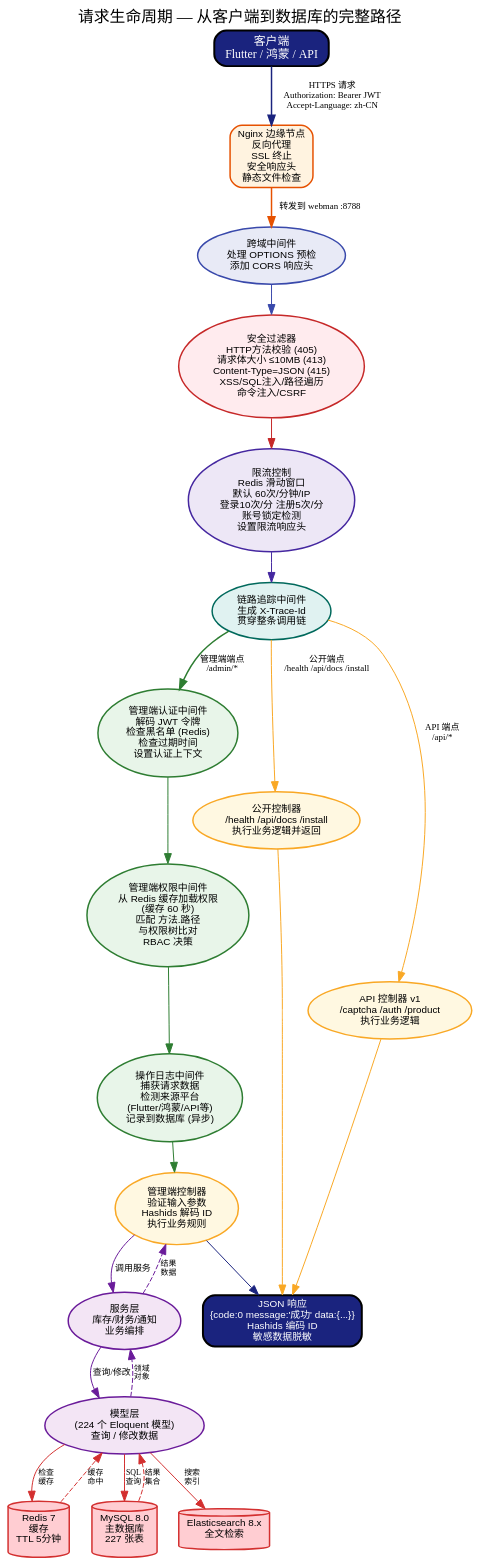
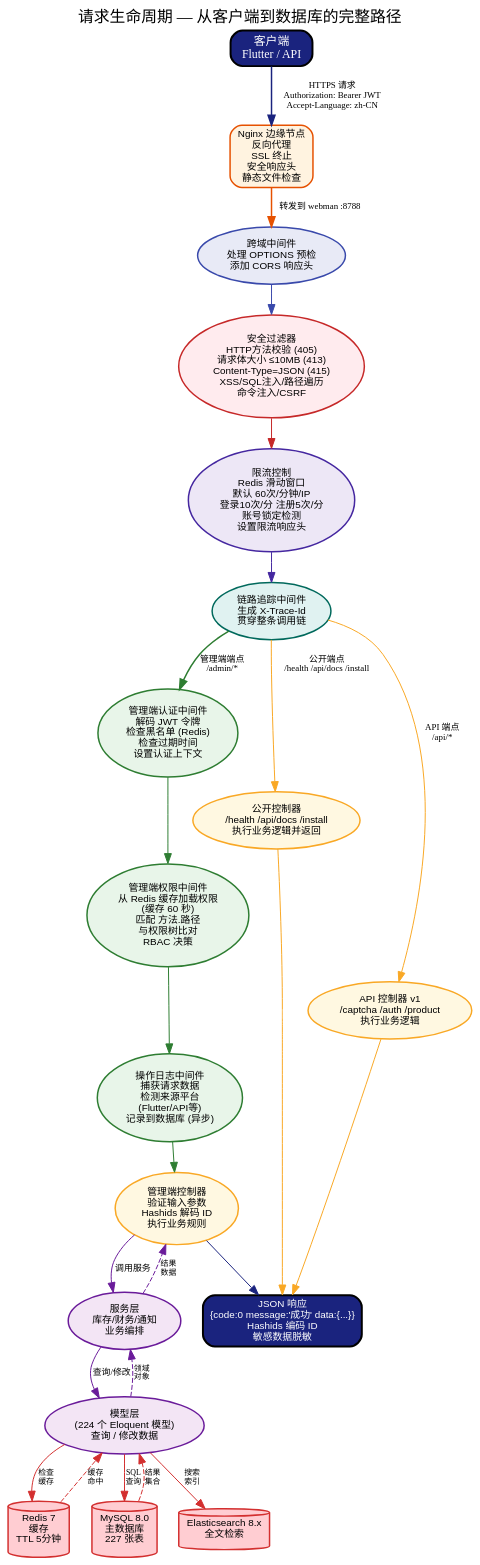
One commit to erikwang2013/erp-php changed the diagram in docs/diagrams/request-lifecycle-cn.dot. Above: the diagram before and after it, drawn with Graphviz. The commit also changed 652 other files, not shown here.

Commit message:
文档：仅保留中英文 README，清理已移除功能与过时图片

```diff
--- a/docs/diagrams/request-lifecycle-cn.dot
+++ b/docs/diagrams/request-lifecycle-cn.dot
@@ -1,79 +1,79 @@
 digraph RequestLifecycleCN {
     rankdir=TB;
     fontname="Arial";
     fontsize=14;
     bgcolor="transparent";
     nodesep=0.3;
     ranksep=0.4;
     compound=true;
 
     node [fontname="Arial", fontsize=10, style="filled,rounded", penwidth=1.5];
 
     label="请求生命周期 — 从客户端到数据库的完整路径";
     fontsize=16;
     fontname="Arial Bold";
     labelloc="t";
 
-    client [label="客户端\nFlutter / 鸿蒙 / API", shape="box",
+    client [label="客户端\nFlutter / API", shape="box",
             style="filled,rounded", fillcolor="#1a237e", fontcolor="white",
             fontsize=12, fontname="Arial Bold", penwidth=2];
 
     nginx [label="Nginx 边缘节点\n反向代理\nSSL 终止\n安全响应头\n静态文件检查", shape="box",
            fillcolor="#fff3e0", color="#e65100", fontsize=10];
 
     cors [label="跨域中间件\n处理 OPTIONS 预检\n添加 CORS 响应头", fillcolor="#e8eaf6", color="#3949ab"];
     secfilter [label="安全过滤器\nHTTP方法校验 (405)\n请求体大小 ≤10MB (413)\nContent-Type=JSON (415)\nXSS/SQL注入/路径遍历\n命令注入/CSRF", fillcolor="#ffebee", color="#c62828"];
     ratelimit [label="限流控制\nRedis 滑动窗口\n默认 60次/分钟/IP\n登录10次/分 注册5次/分\n账号锁定检测\n设置限流响应头", fillcolor="#ede7f6", color="#4527a0"];
     tracing [label="链路追踪中间件\n生成 X-Trace-Id\n贯穿整条调用链", fillcolor="#e0f2f1", color="#00695c"];
 
     adminauth [label="管理端认证中间件\n解码 JWT 令牌\n检查黑名单 (Redis)\n检查过期时间\n设置认证上下文", fillcolor="#e8f5e9", color="#2e7d32"];
     adminperm [label="管理端权限中间件\n从 Redis 缓存加载权限\n(缓存 60 秒)\n匹配 方法.路径\n与权限树比对\nRBAC 决策", fillcolor="#e8f5e9", color="#2e7d32"];
-    oplog [label="操作日志中间件\n捕获请求数据\n检测来源平台\n(Flutter/鸿蒙/API等)\n记录到数据库 (异步)", fillcolor="#e8f5e9", color="#2e7d32"];
+    oplog [label="操作日志中间件\n捕获请求数据\n检测来源平台\n(Flutter/API等)\n记录到数据库 (异步)", fillcolor="#e8f5e9", color="#2e7d32"];
 
     node [fontsize=10];
     pubctrl [label="公开控制器\n/health /api/docs /install\n执行业务逻辑并返回", fillcolor="#fff8e1", color="#f9a825"];
     apictrl [label="API 控制器 v1\n/captcha /auth /product\n执行业务逻辑", fillcolor="#fff8e1", color="#f9a825"];
     admctrl [label="管理端控制器\n验证输入参数\nHashids 解码 ID\n执行业务规则", fillcolor="#fff8e1", color="#f9a825"];
 
     service [label="服务层\n库存/财务/通知\n业务编排", fillcolor="#f3e5f5", color="#6a1b9a"];
     model [label="模型层\n(224 个 Eloquent 模型)\n查询 / 修改数据", fillcolor="#f3e5f5", color="#6a1b9a"];
 
     redis [label="Redis 7\n缓存\nTTL 5分钟", shape="cylinder", fillcolor="#ffcdd2", color="#d32f2f"];
     mysql [label="MySQL 8.0\n主数据库\n227 张表", shape="cylinder", fillcolor="#ffcdd2", color="#d32f2f"];
     es [label="Elasticsearch 8.x\n全文检索", shape="cylinder", fillcolor="#ffcdd2", color="#d32f2f"];
 
     response [label="JSON 响应\n{code:0 message:'成功' data:{...}}\nHashids 编码 ID\n敏感数据脱敏", shape="box",
               fillcolor="#1a237e", fontcolor="white", fontsize=10, penwidth=2];
 
     client -> nginx [label="HTTPS 请求\nAuthorization: Bearer JWT\nAccept-Language: zh-CN", fontsize=9, color="#1a237e", penwidth=1.5];
     nginx -> cors [label="转发到 webman :8788", fontsize=9, color="#e65100", penwidth=1.5];
 
     cors -> secfilter [color="#3949ab"];
     secfilter -> ratelimit [color="#c62828"];
     ratelimit -> tracing [color="#4527a0"];
 
     tracing -> pubctrl [label="公开端点\n/health /api/docs /install", fontsize=9, color="#f9a825"];
     pubctrl -> response [color="#f9a825"];
 
     tracing -> apictrl [label="API 端点\n/api/*", fontsize=9, color="#f9a825"];
     apictrl -> response [color="#f9a825"];
 
     tracing -> adminauth [label="管理端端点\n/admin/*", fontsize=9, color="#2e7d32", penwidth=1.5];
     adminauth -> adminperm [color="#2e7d32"];
     adminperm -> oplog [color="#2e7d32"];
     oplog -> admctrl [color="#2e7d32"];
 
     admctrl -> service [label="调用服务", fontsize=9, color="#6a1b9a"];
     service -> model [label="查询/修改", fontsize=9, color="#6a1b9a"];
 
     model -> redis [label="检查\n缓存", fontsize=8, color="#d32f2f"];
     redis -> model [label="缓存\n命中", fontsize=8, color="#d32f2f", style="dashed"];
     model -> mysql [label="SQL\n查询", fontsize=8, color="#d32f2f"];
     mysql -> model [label="结果\n集合", fontsize=8, color="#d32f2f", style="dashed"];
     model -> es [label="搜索\n索引", fontsize=8, color="#d32f2f"];
 
     model -> service [label="领域\n对象", fontsize=8, color="#6a1b9a", style="dashed"];
     service -> admctrl [label="结果\n数据", fontsize=8, color="#6a1b9a", style="dashed"];
 
     admctrl -> response [color="#1a237e"];
 }
```
